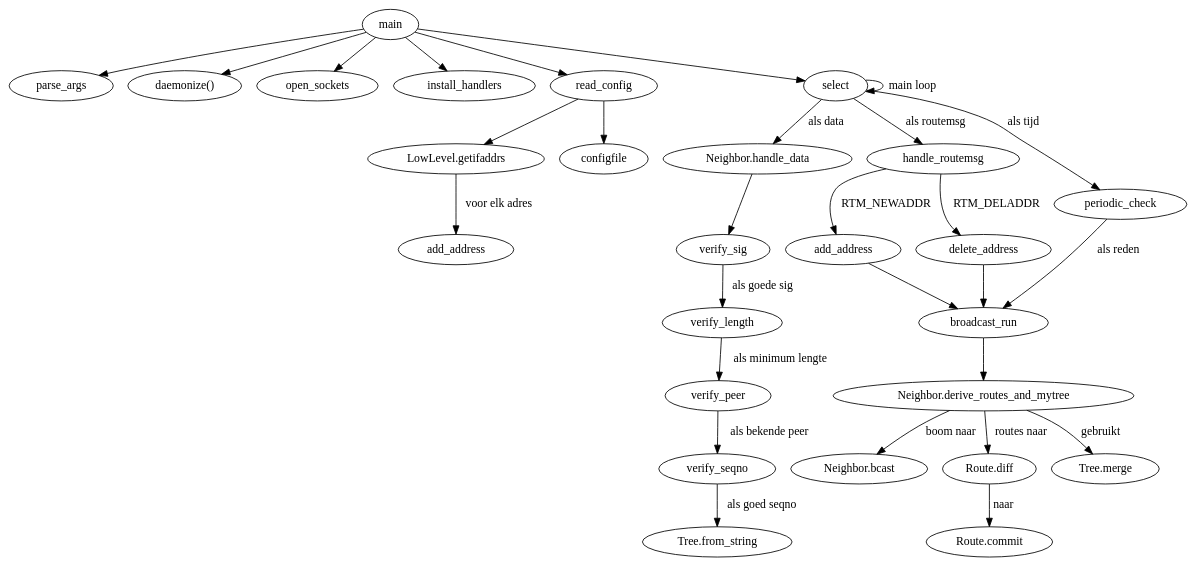
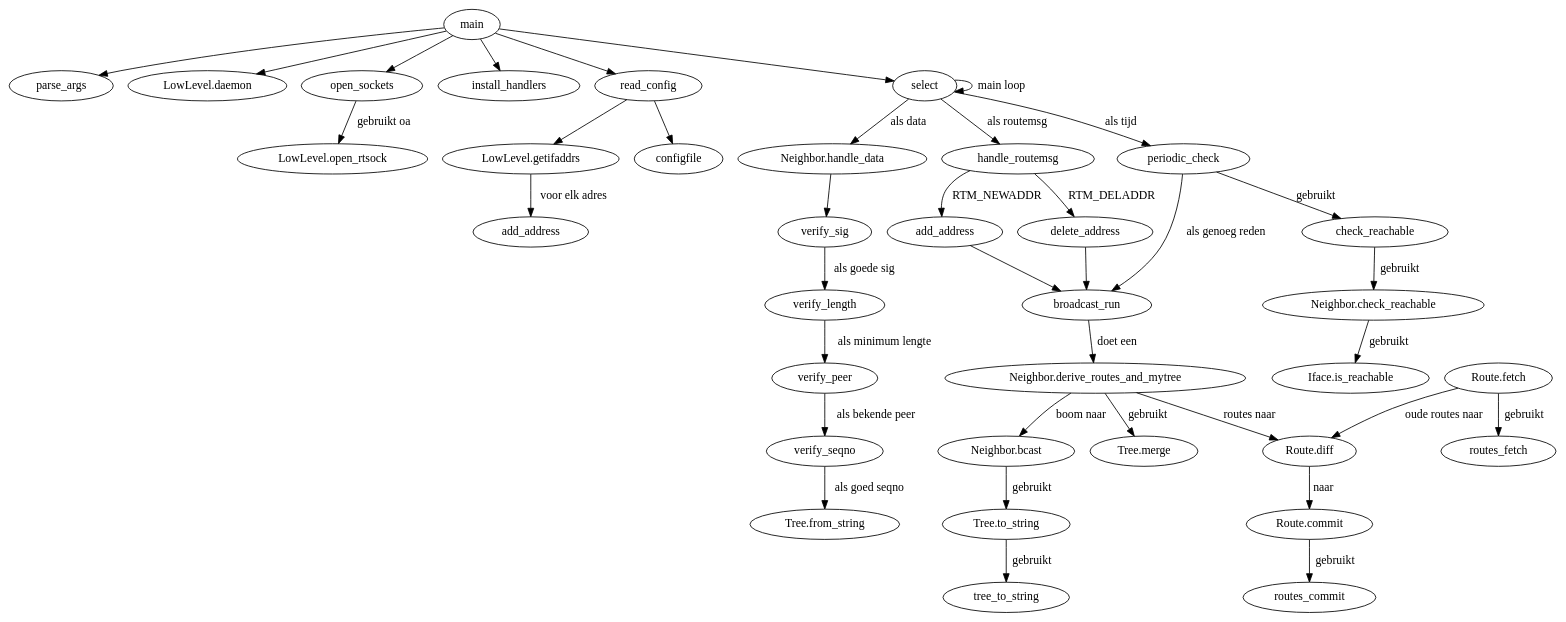
The diagram in docs/lvrouted.dot (lvoege/lvrouted), drawn with Graphviz before and after one commit. The commit also changed 1 other file, not shown here.

```diff
--- a/docs/lvrouted.dot
+++ b/docs/lvrouted.dot
@@ -1,37 +1,45 @@
 digraph "lvrouted" {
 main -> parse_args
-daemonize [ label="daemonize()" ];
-main -> daemonize
+main -> "LowLevel.daemon"
 main -> open_sockets
+open_sockets -> "LowLevel.open_rtsock" [ label = "gebruikt oa" ];
 main -> install_handlers
 main -> read_config
 main -> select
 handle_data [ label = "Neighbor.handle_data" ];
 select -> handle_data [ label = "als data" ];
 select -> handle_routemsg [ label = "als routemsg" ];
 select -> periodic_check [ label = "als tijd" ];
 select -> select [ label = "main loop" ];
-broadcast_run -> newroutes
+broadcast_run -> newroutes [ label = "doet een" ];
 newroutes [ label = "Neighbor.derive_routes_and_mytree" ];
-periodic_check -> broadcast_run [ label = "als reden" ];
+periodic_check -> broadcast_run [ label = "als genoeg reden" ];
+periodic_check -> check_reachable [ label = "gebruikt" ];
+check_reachable -> "Neighbor.check_reachable" [ label = "gebruikt" ];
+"Neighbor.check_reachable" -> "Iface.is_reachable"[ label = "gebruikt" ];
 newroutes -> "Neighbor.bcast" [ label = "boom naar" ];
+"Neighbor.bcast" -> "Tree.to_string" [ label = "gebruikt" ];
+"Tree.to_string" -> "tree_to_string" [ label = "gebruikt" ];
 newroutes -> "Route.diff" [ label = "routes naar" ];
+"Route.fetch" -> "Route.diff" [ label = "oude routes naar" ];
+"Route.fetch" -> "routes_fetch" [ label = "gebruikt" ];
 "Route.diff" -> "Route.commit" [ label = "naar" ];
+"Route.commit" -> "routes_commit" [ label = "gebruikt" ];
 newroutes -> "Tree.merge" [ label = "gebruikt" ];
 
 read_config -> "LowLevel.getifaddrs"
 "LowLevel.getifaddrs" -> add_address [ label = "voor elk adres" ]
 read_config -> "configfile"
 
 add_address_handle_routemsg [ label = "add_address" ];
 handle_routemsg -> add_address_handle_routemsg [ label = "RTM_NEWADDR" ];
 add_address_handle_routemsg -> broadcast_run
 handle_routemsg -> delete_address [ label =" RTM_DELADDR" ];
 delete_address -> broadcast_run
 
 handle_data -> verify_sig
 verify_sig -> verify_length [ label = "als goede sig" ];
 verify_length -> verify_peer [ label = "als minimum lengte" ];
 verify_peer -> verify_seqno [ label = "als bekende peer" ];
 verify_seqno -> "Tree.from_string" [ label = "als goed seqno" ];
 }
```
